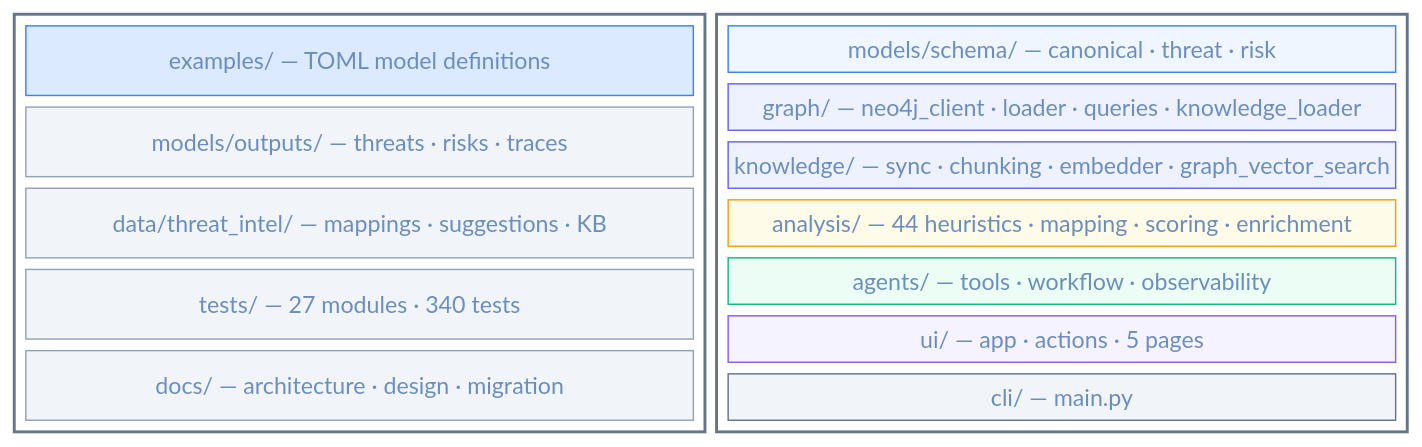
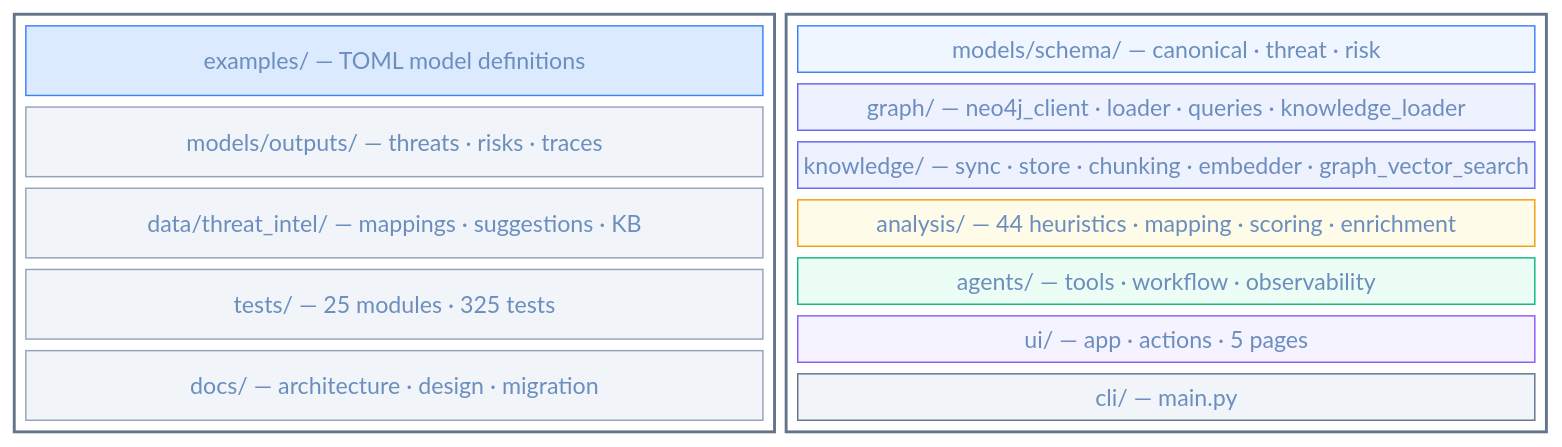
Before and after one commit to zencodeai/ai-threatforge: the diagram in docs/diagrams/project_structure.mmd, drawn with Mermaid. The commit also changed 39 other files, not shown here.

```diff
--- a/docs/diagrams/project_structure.mmd
+++ b/docs/diagrams/project_structure.mmd
@@ -1,41 +1,41 @@
 ---
 title: Project Layout
 ---
 %%{init: {'theme': 'base', 'themeVariables': {'lineColor': '#6c8ebf', 'primaryTextColor': '#6c8ebf', 'titleColor': '#6c8ebf', 'fontSize': '16px'}}}%%
 block-beta
     columns 2
 
     block:rootdir:1
         columns 1
         ex["examples/ — TOML model definitions"]
         outputs["models/outputs/ — threats · risks · traces"]
         data["data/threat_intel/ — mappings · suggestions · KB"]
-        tests["tests/ — 27 modules · 340 tests"]
+        tests["tests/ — 25 modules · 325 tests"]
         docs["docs/ — architecture · design · migration"]
     end
 
     block:srcdir:1
         columns 1
         schema["models/schema/ — canonical · threat · risk"]
         graphpkg["graph/ — neo4j_client · loader · queries · knowledge_loader"]
-        knowledge["knowledge/ — sync · chunking · embedder · graph_vector_search"]
+        knowledge["knowledge/ — sync · store · chunking · embedder · graph_vector_search"]
         analysis["analysis/ — 44 heuristics · mapping · scoring · enrichment"]
         agents["agents/ — tools · workflow · observability"]
         ui["ui/ — app · actions · 5 pages"]
         cli["cli/ — main.py"]
     end
 
     style rootdir fill:none,stroke:#64748b,stroke-width:2px
     style srcdir fill:none,stroke:#64748b,stroke-width:2px
     style ex fill:#dbeafe,stroke:#3b82f6,color:#1e40af
     style outputs fill:#f1f5f9,stroke:#94a3b8,color:#475569
     style data fill:#f1f5f9,stroke:#94a3b8,color:#475569
     style tests fill:#f1f5f9,stroke:#94a3b8,color:#475569
     style docs fill:#f1f5f9,stroke:#94a3b8,color:#475569
     style schema fill:#eff6ff,stroke:#3b82f6,color:#1e40af
     style graphpkg fill:#eef2ff,stroke:#6366f1,color:#3730a3
     style knowledge fill:#eef2ff,stroke:#6366f1,color:#3730a3
     style analysis fill:#fefce8,stroke:#f59e0b,color:#92400e
     style agents fill:#ecfdf5,stroke:#10b981,color:#065f46
     style ui fill:#f5f3ff,stroke:#8b5cf6,color:#5b21b6
     style cli fill:#f1f5f9,stroke:#64748b,color:#334155
```
